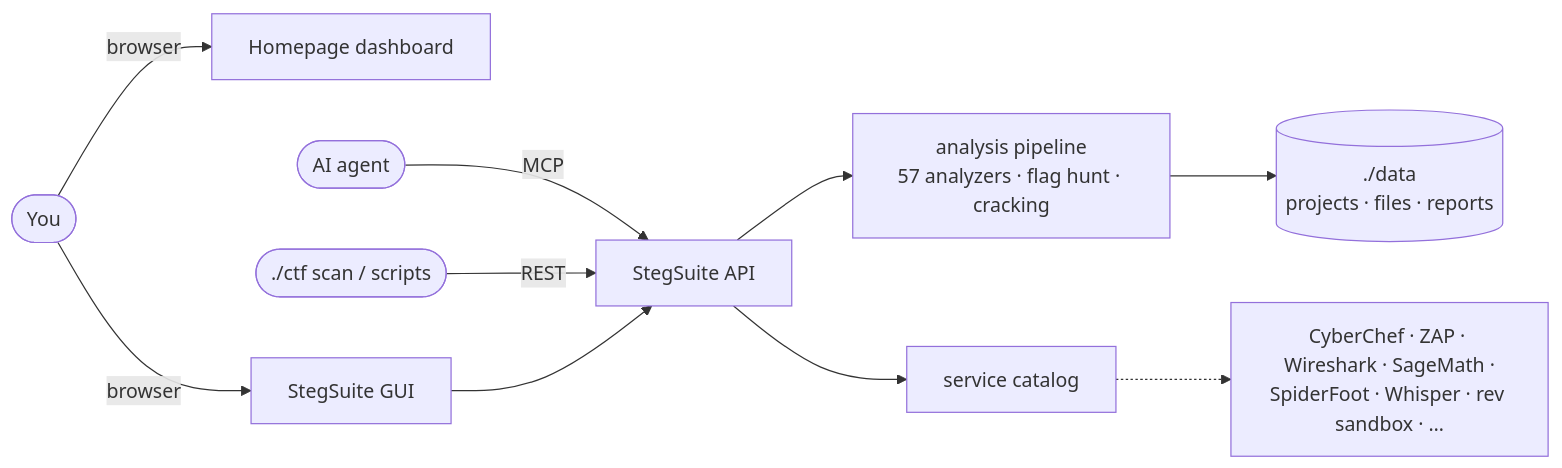
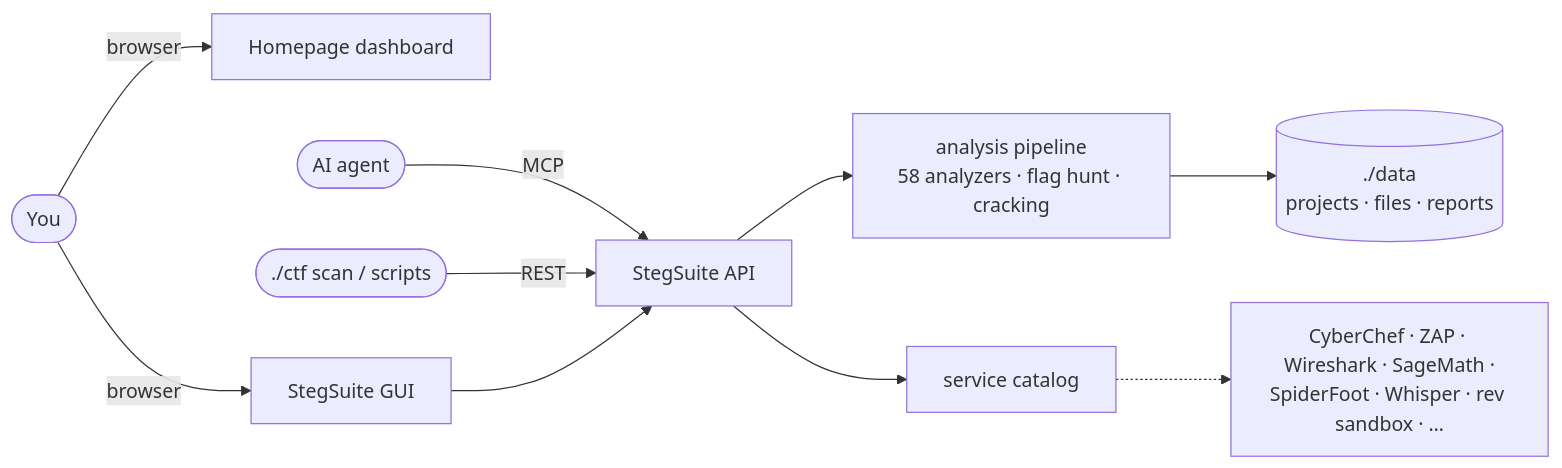
Before and after one commit to dexRand/ctf-docker: the diagram in README.md, drawn with Mermaid. The commit also changed other lines of this file and 7 other files, not shown here.

````diff
--- a/README.md
+++ b/README.md
@@ -87,12 +87,12 @@
 ```mermaid
 flowchart LR
   you([You]) -->|browser| dash[Homepage dashboard]
   you -->|browser| ss[StegSuite GUI]
   agent([AI agent]) -->|MCP| api
   cli([./ctf scan / scripts]) -->|REST| api
   ss --> api[StegSuite API]
-  api --> pipe[analysis pipeline<br/>57 analyzers · flag hunt · cracking]
+  api --> pipe[analysis pipeline<br/>58 analyzers · flag hunt · cracking]
   pipe --> data[(./data<br/>projects · files · reports)]
   api --> svc[service catalog]
   svc -.-> tools[CyberChef · ZAP · Wireshark · SageMath ·<br/>SpiderFoot · Whisper · rev sandbox · …]
 ```
````
